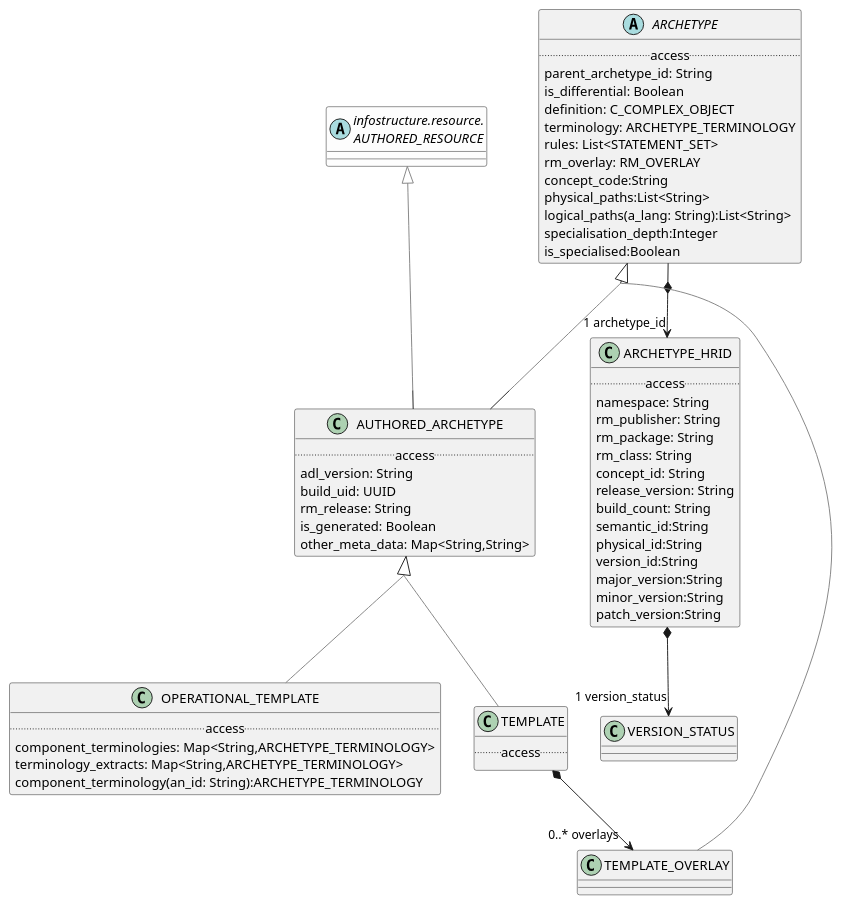
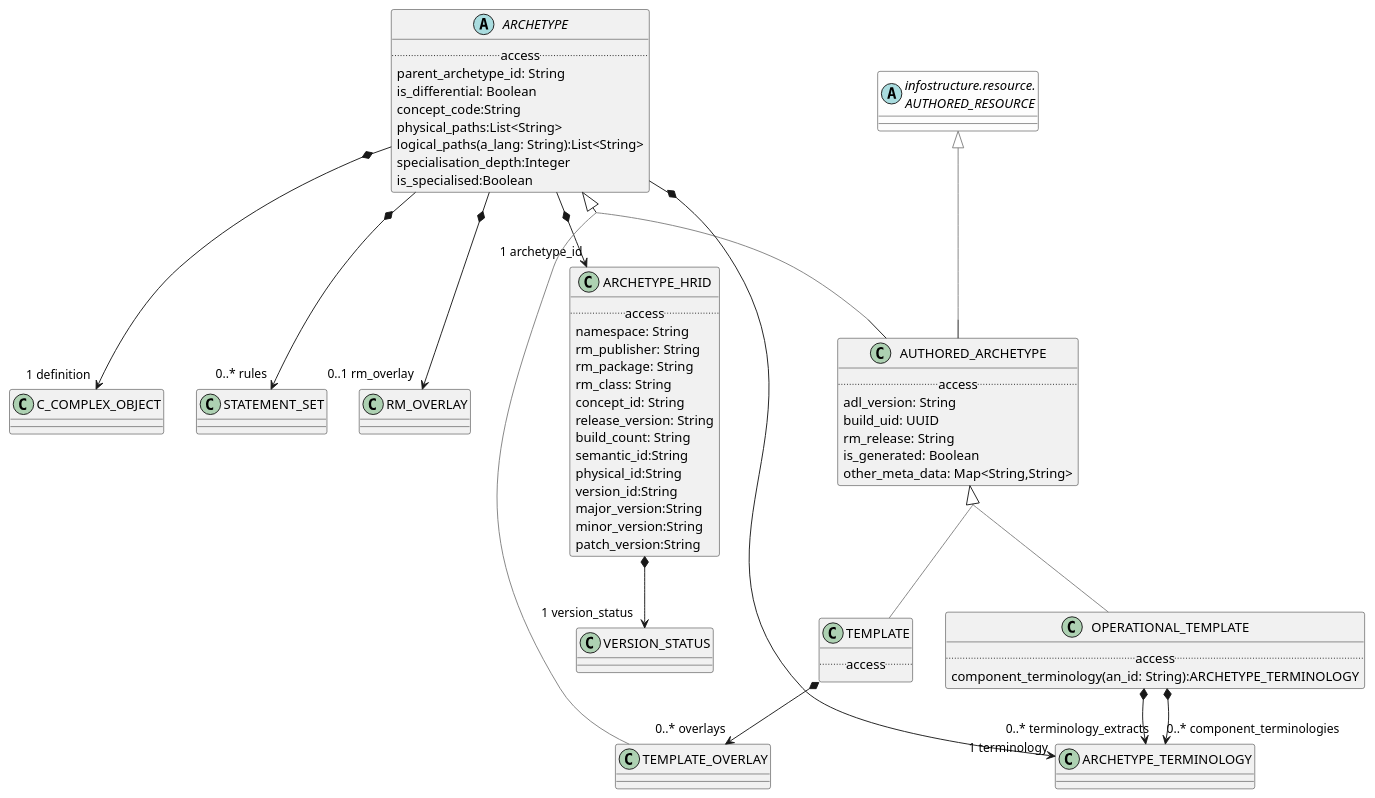
One commit to wolandscat/openehr-doc changed the diagram in modules/ROOT/examples/bmm/languages/aom2/archetype/archetype-package-uml.adoc. Above: the diagram before and after it, drawn with PlantUML. The commit also changed 30 other files, not shown here.

```diff
--- a/modules/ROOT/examples/bmm/languages/aom2/archetype/archetype-package-uml.adoc
+++ b/modules/ROOT/examples/bmm/languages/aom2/archetype/archetype-package-uml.adoc
@@ -8,13 +8,15 @@
 
 class OPERATIONAL_TEMPLATE [[/openehr-doc/latest/languages/aom2-gen.html#_class_operational_template]] {
         .. access ..
-        component_terminologies: Map<String,ARCHETYPE_TERMINOLOGY>
-        terminology_extracts: Map<String,ARCHETYPE_TERMINOLOGY>
         component_terminology(an_id: String):ARCHETYPE_TERMINOLOGY
 }
 
 OPERATIONAL_TEMPLATE -[#gray]up-|> AUTHORED_ARCHETYPE  
 
+
+OPERATIONAL_TEMPLATE *--> "0..* component_terminologies" ARCHETYPE_TERMINOLOGY
+
+OPERATIONAL_TEMPLATE *--> "0..* terminology_extracts" ARCHETYPE_TERMINOLOGY
 
 class AUTHORED_ARCHETYPE [[/openehr-doc/latest/languages/aom2-gen.html#_class_authored_archetype]] {
         .. access ..
@@ -35,10 +37,6 @@
         .. access ..
         parent_archetype_id: String
         is_differential: Boolean
-        definition: C_COMPLEX_OBJECT
-        terminology: ARCHETYPE_TERMINOLOGY
-        rules: List<STATEMENT_SET>
-        rm_overlay: RM_OVERLAY
         concept_code:String
         physical_paths:List<String>
         logical_paths(a_lang: String):List<String>
@@ -48,6 +46,14 @@
 
 
 ARCHETYPE *--> "1 archetype_id" ARCHETYPE_HRID
+
+ARCHETYPE *--> "1 definition" C_COMPLEX_OBJECT
+
+ARCHETYPE *--> "1 terminology" ARCHETYPE_TERMINOLOGY
+
+ARCHETYPE *--> "0..* rules" STATEMENT_SET
+
+ARCHETYPE *--> "0..1 rm_overlay" RM_OVERLAY
 
 class ARCHETYPE_HRID [[/openehr-doc/latest/languages/aom2-gen.html#_class_archetype_hrid]] {
         .. access ..
```
